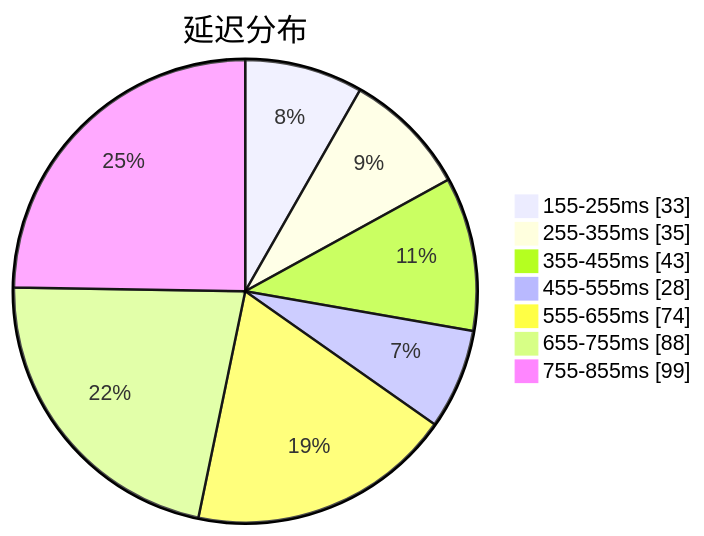
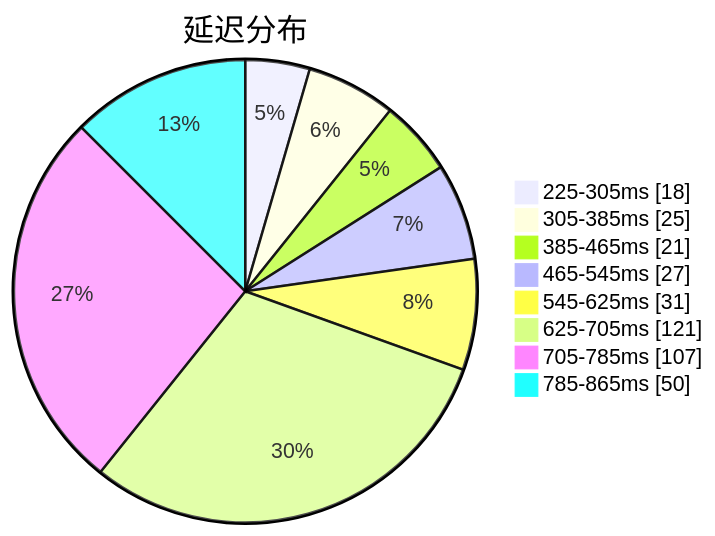
The first of 3 diagrams in subs/statistics/tested_within.md (qjlxg/airport), drawn with Mermaid before and after one commit. The commit also changed other lines of this file and 2 other files, not shown here.

````diff
--- a/subs/statistics/tested_within.md
+++ b/subs/statistics/tested_within.md
@@ -2,11 +2,12 @@
 ```mermaid
 pie showData
 title 延迟分布
-"155-255ms" : 33
-"255-355ms" : 35
-"355-455ms" : 43
-"455-555ms" : 28
-"555-655ms" : 74
-"655-755ms" : 88
-"755-855ms" : 99
+"225-305ms" : 18
+"305-385ms" : 25
+"385-465ms" : 21
+"465-545ms" : 27
+"545-625ms" : 31
+"625-705ms" : 121
+"705-785ms" : 107
+"785-865ms" : 50
 ```
````
